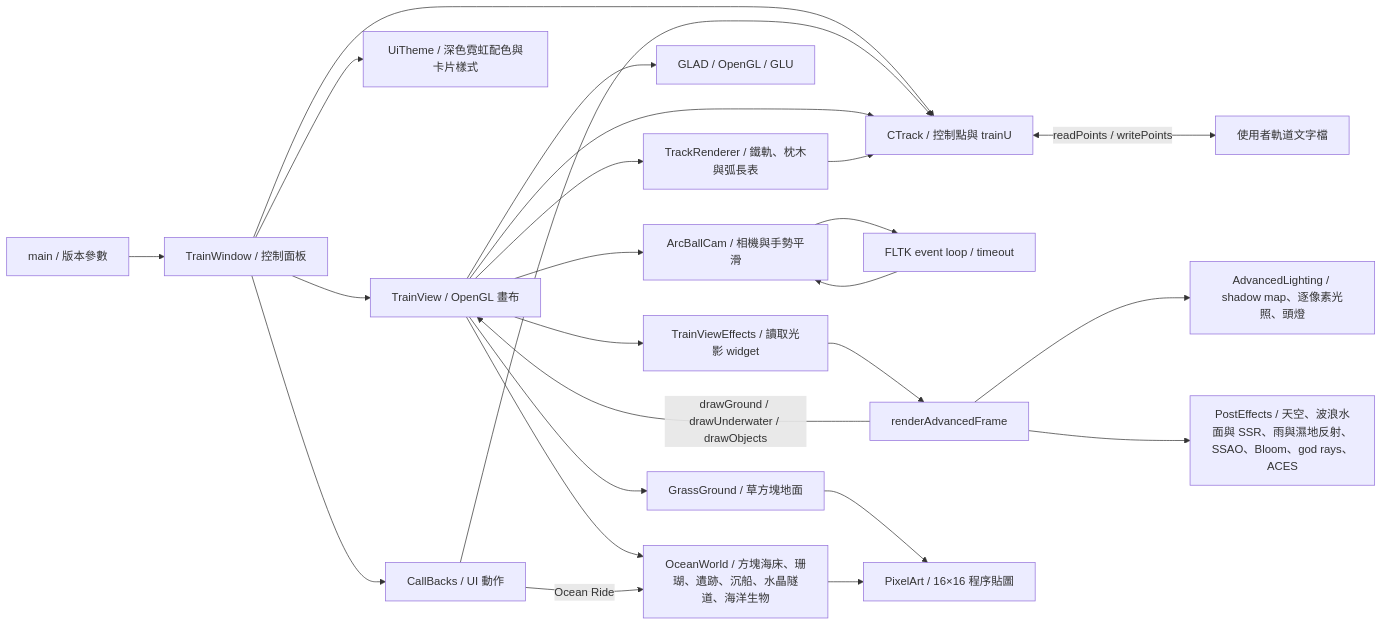
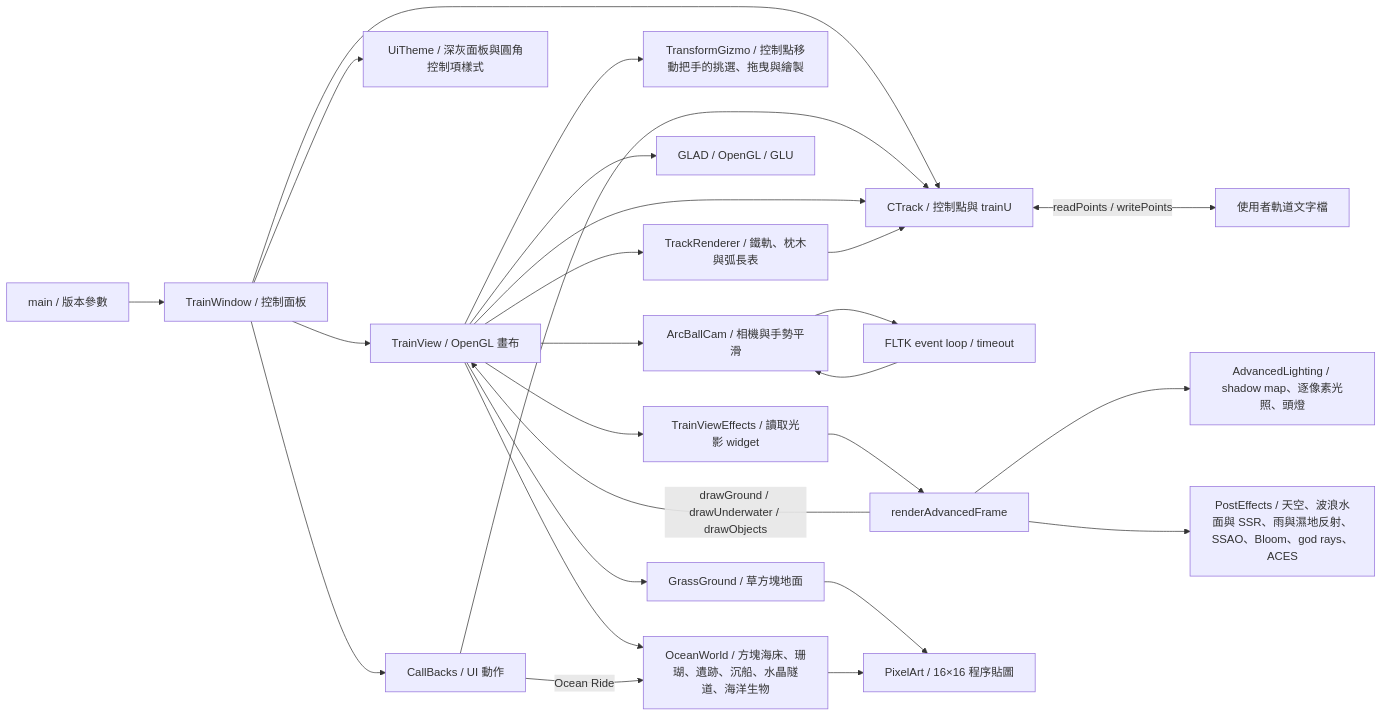
One commit to wj6wj6/RollerCoasters changed the diagram in docs/architecture.md. Above: the diagram before and after it, drawn with Mermaid. The commit also changed other lines of this file and 13 other files, not shown here.

````diff
--- a/docs/architecture.md
+++ b/docs/architecture.md
@@ -3,27 +3,28 @@
 ```mermaid
 flowchart LR
     Main[main / 版本參數] --> Window[TrainWindow / 控制面板]
     Window --> View[TrainView / OpenGL 畫布]
     Window --> Track[CTrack / 控制點與 trainU]
-    Window --> Theme[UiTheme / 深色霓虹配色與卡片樣式]
+    Window --> Theme[UiTheme / 深灰面板與圓角控制項樣式]
     Window --> Callbacks[CallBacks / UI 動作]
     Callbacks --> Track
     View --> Track
     View --> Rails[TrackRenderer / 鐵軌、枕木與弧長表]
     Rails --> Track
+    View --> Gizmo[TransformGizmo / 控制點移動把手的挑選、拖曳與繪製]
     View --> Camera[ArcBallCam / 相機與手勢平滑]
     Camera --> Timer[FLTK event loop / timeout]
     Timer --> Camera
     Track <-->|readPoints / writePoints| File[使用者軌道文字檔]
     View --> GL[GLAD / OpenGL / GLU]
     View --> Effects[TrainViewEffects / 讀取光影 widget]
     Effects --> Frame[renderAdvancedFrame]
     Frame --> Lighting[AdvancedLighting / shadow map、逐像素光照、頭燈]
     Frame --> Post[PostEffects / 天空、波浪水面與 SSR、雨與濕地反射、SSAO、Bloom、god rays、ACES]
     Frame -->|drawGround / drawUnderwater / drawObjects| View
     View --> Ground[GrassGround / 草方塊地面]
     View --> Ocean[OceanWorld / 方塊海床、珊瑚、遺跡、沉船、水晶隧道、海洋生物]
     Ground --> Pixel[PixelArt / 16×16 程序貼圖]
     Ocean --> Pixel
     Callbacks -->|Ocean Ride| Ocean
 ```
````
